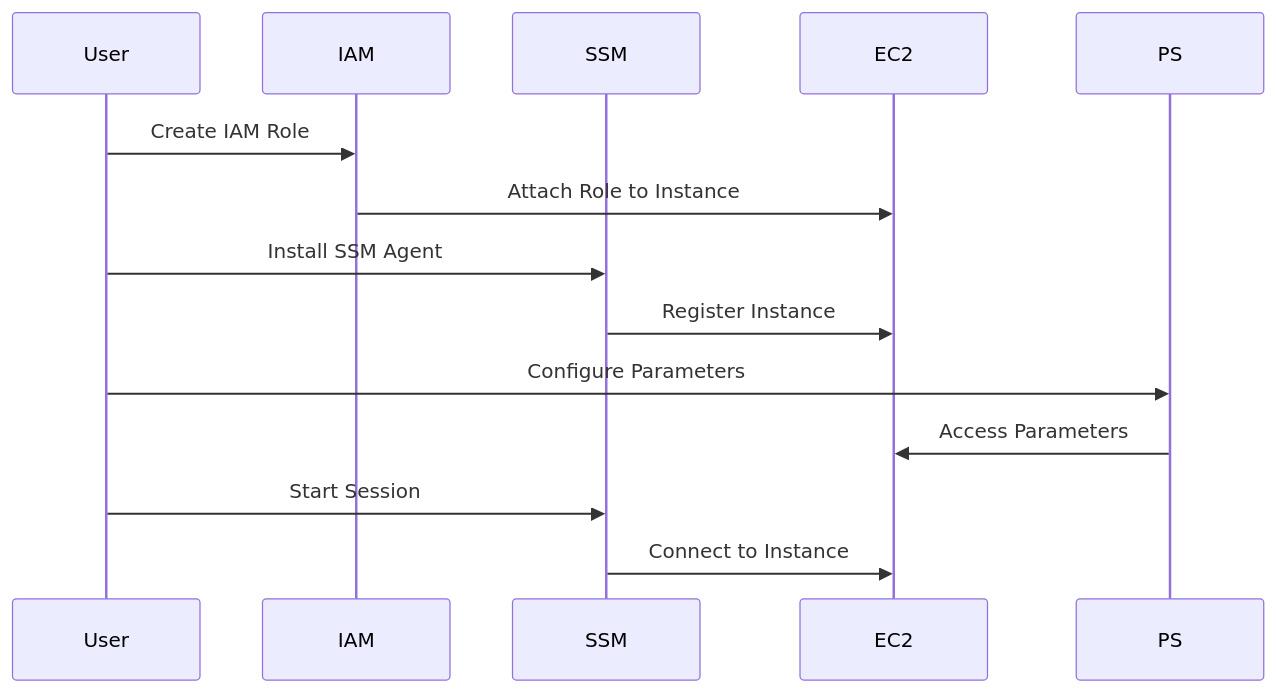
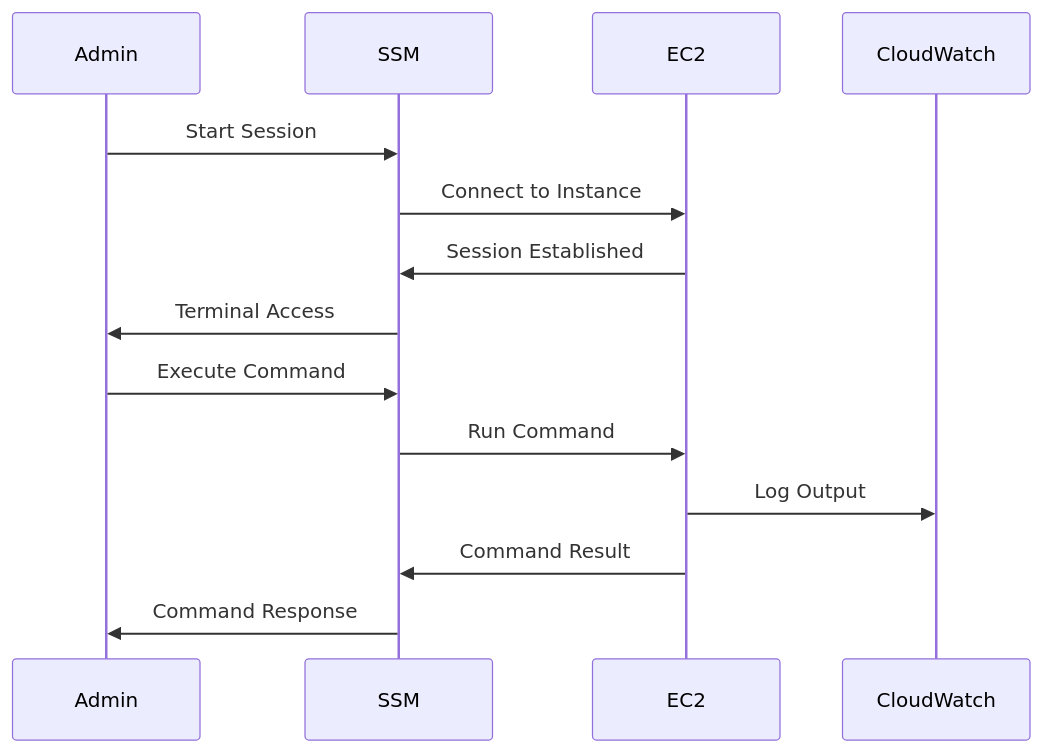
The second of 2 diagrams in docs/labs/lab_200_systems_manager/1_hands_on.md (superluminar-io/aws-modular-workshop), drawn with Mermaid before and after one commit. The commit also changed other lines of this file and 36 other files, not shown here.

````diff
--- a/docs/labs/lab_200_systems_manager/1_hands_on.md
+++ b/docs/labs/lab_200_systems_manager/1_hands_on.md
@@ -263,17 +249,18 @@
 ```mermaid
 sequenceDiagram
-    participant User
-    participant IAM
+    participant Admin
     participant SSM
     participant EC2
-    participant PS
+    participant CloudWatch
 
-    User->>IAM: Create IAM Role
-    IAM->>EC2: Attach Role to Instance
-    User->>SSM: Install SSM Agent
-    SSM->>EC2: Register Instance
-    User->>PS: Configure Parameters
-    PS->>EC2: Access Parameters
-    User->>SSM: Start Session
+    Admin->>SSM: Start Session
     SSM->>EC2: Connect to Instance
+    EC2->>SSM: Session Established
+    SSM->>Admin: Terminal Access
+
+    Admin->>SSM: Execute Command
+    SSM->>EC2: Run Command
+    EC2->>CloudWatch: Log Output
+    EC2->>SSM: Command Result
+    SSM->>Admin: Command Response
 ```
````
